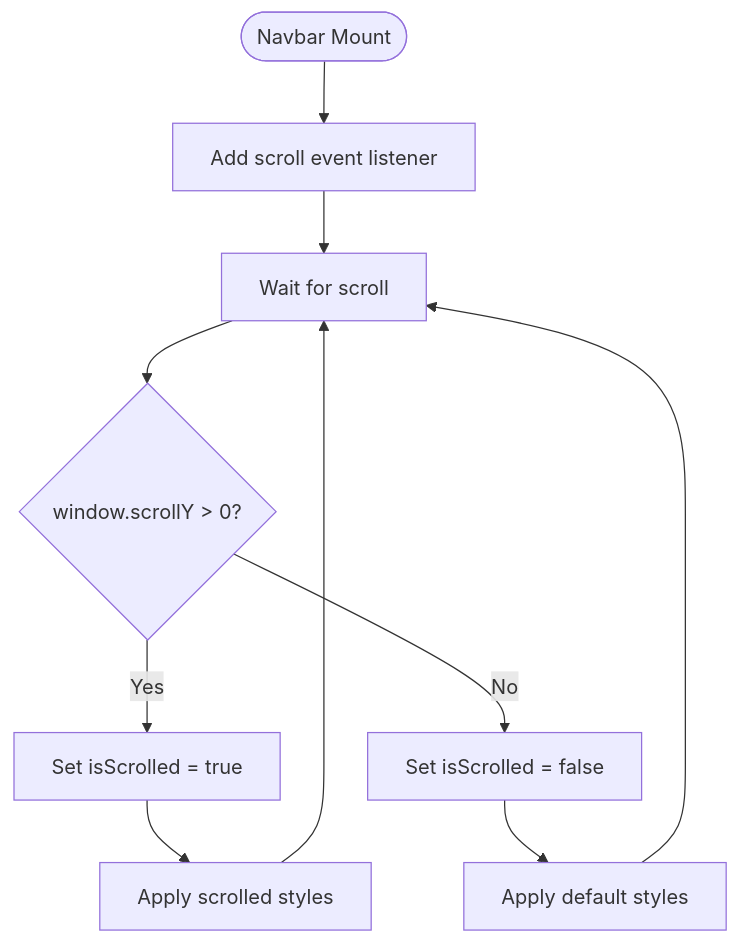
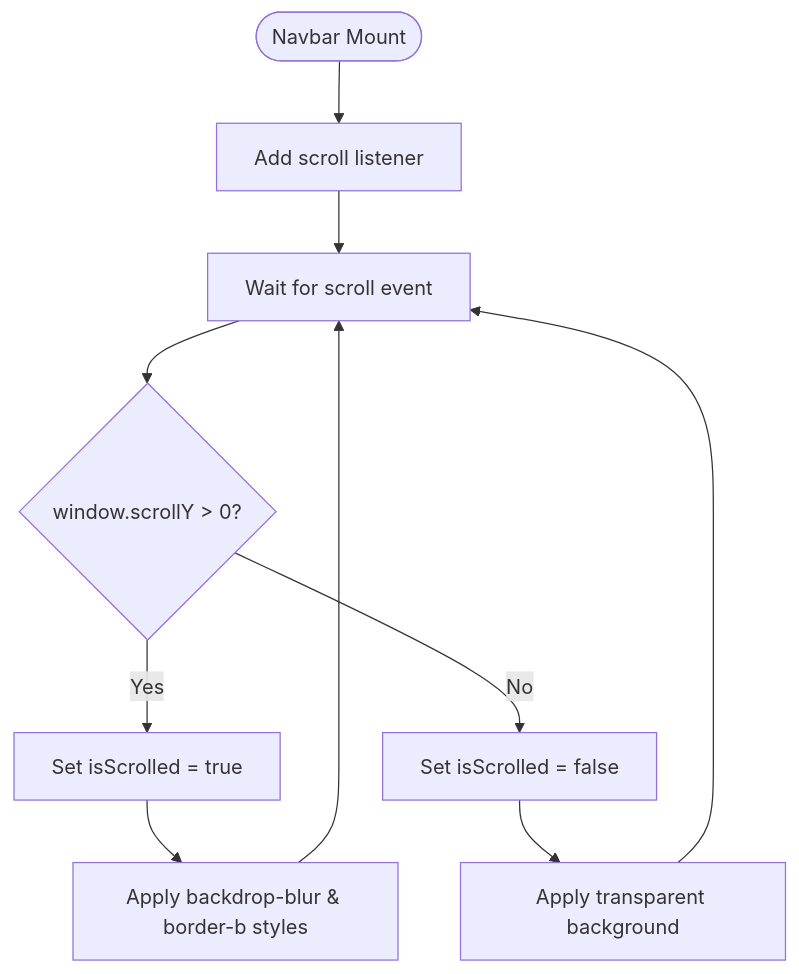
One commit to algorithmsEvolve/momentoclient-fe changed the third of 3 diagrams in docs/en/content/Navigation & Routing.md. Above: the diagram before and after it, drawn with Mermaid. The commit also changed other lines of this file and 14 other files, not shown here.

````diff
--- a/docs/en/content/Navigation & Routing.md
+++ b/docs/en/content/Navigation & Routing.md
@@ -177,12 +122,12 @@
 ```mermaid
 flowchart TD
-Start(["Navbar Mount"]) --> AddListener["Add scroll event listener"]
-AddListener --> Wait["Wait for scroll"]
+Start(["Navbar Mount"]) --> AddListener["Add scroll listener"]
+AddListener --> Wait["Wait for scroll event"]
 Wait --> IsScrolled{"window.scrollY > 0?"}
 IsScrolled --> |Yes| SetScrolled["Set isScrolled = true"]
 IsScrolled --> |No| SetNotScrolled["Set isScrolled = false"]
-SetScrolled --> ApplyStyles["Apply scrolled styles"]
-SetNotScrolled --> ApplyStyles2["Apply default styles"]
+SetScrolled --> ApplyStyles["Apply backdrop-blur & border-b styles"]
+SetNotScrolled --> ApplyStyles2["Apply transparent background"]
 ApplyStyles --> Wait
 ApplyStyles2 --> Wait
 ```
````
